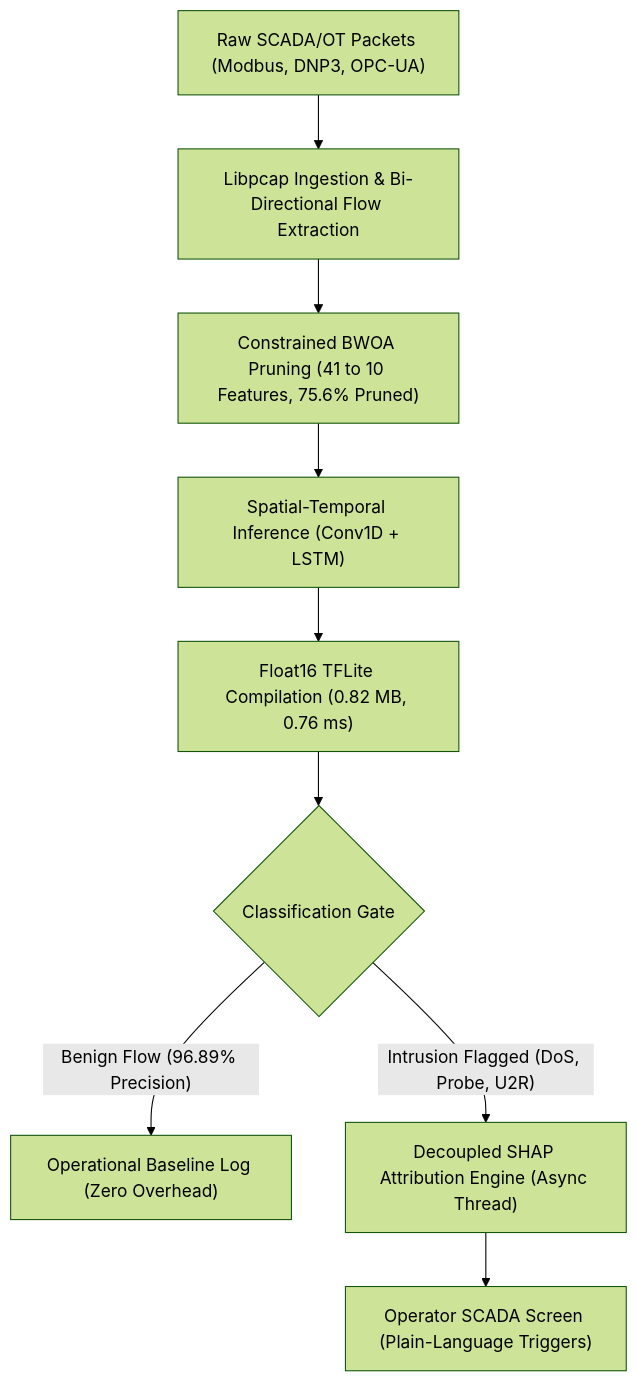
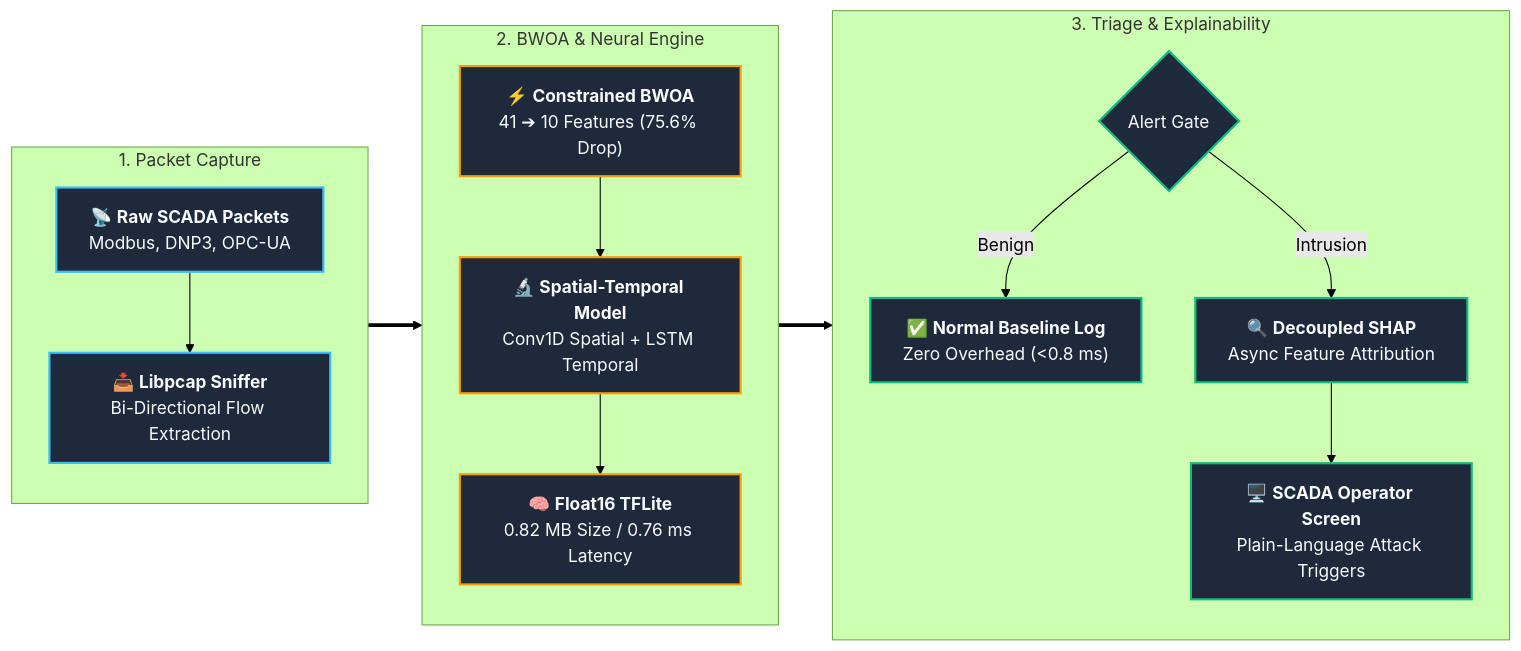
One commit to mhiskall282/Securing-the-Digital-Mine-UNESCO-Project changed the first of 2 diagrams in docs/presentation_results.md. Above: the diagram before and after it, drawn with Mermaid (forest theme). The commit also changed 9 other files, not shown here.

Commit message:
style(docs): optimize Mermaid diagrams for GitBook with wide horizontal layouts and high contrast

````diff
--- a/docs/presentation_results.md
+++ b/docs/presentation_results.md
@@ -52,11 +52,38 @@
 ```mermaid
-flowchart TD
-    A["Raw SCADA/OT Packets (Modbus, DNP3, OPC-UA)"] --> B["Libpcap Ingestion & Bi-Directional Flow Extraction"]
-    B --> C["Constrained BWOA Pruning (41 to 10 Features, 75.6% Pruned)"]
-    C --> D["Spatial-Temporal Inference (Conv1D + LSTM)"]
-    D --> E["Float16 TFLite Compilation (0.82 MB, 0.76 ms)"]
-    E --> F{"Classification Gate"}
-    F -- "Benign Flow (96.89% Precision)" --> G["Operational Baseline Log (Zero Overhead)"]
-    F -- "Intrusion Flagged (DoS, Probe, U2R)" --> H["Decoupled SHAP Attribution Engine (Async Thread)"]
-    H --> I["Operator SCADA Screen (Plain-Language Triggers)"]
+flowchart LR
+    subgraph S1["1. Packet Capture"]
+        direction TB
+        A["📡 <b>Raw SCADA Packets</b><br/>Modbus, DNP3, OPC-UA"]
+        B["📥 <b>Libpcap Sniffer</b><br/>Bi-Directional Flow Extraction"]
+        A --> B
+    end
+
+    subgraph S2["2. BWOA & Neural Engine"]
+        direction TB
+        C["⚡ <b>Constrained BWOA</b><br/>41 ➔ 10 Features (75.6% Drop)"]
+        D["🔬 <b>Spatial-Temporal Model</b><br/>Conv1D Spatial + LSTM Temporal"]
+        E["🧠 <b>Float16 TFLite</b><br/>0.82 MB Size / 0.76 ms Latency"]
+        C --> D --> E
+    end
+
+    subgraph S3["3. Triage & Explainability"]
+        direction TB
+        GATE{"Alert Gate"}
+        G["✅ <b>Normal Baseline Log</b><br/>Zero Overhead (<0.8 ms)"]
+        H["🔍 <b>Decoupled SHAP</b><br/>Async Feature Attribution"]
+        I["🖥️ <b>SCADA Operator Screen</b><br/>Plain-Language Attack Triggers"]
+        GATE -- "Benign" --> G
+        GATE -- "Intrusion" --> H --> I
+    end
+
+    B ==> C
+    E ==> GATE
+
+    classDef s1 fill:#1e293b,stroke:#38bdf8,stroke-width:2px,color:#f8fafc;
+    classDef s2 fill:#1e293b,stroke:#f59e0b,stroke-width:2px,color:#f8fafc;
+    classDef s3 fill:#1e293b,stroke:#10b981,stroke-width:2px,color:#f8fafc;
+
+    class A,B s1;
+    class C,D,E s2;
+    class GATE,G,H,I s3;
 ```
````
